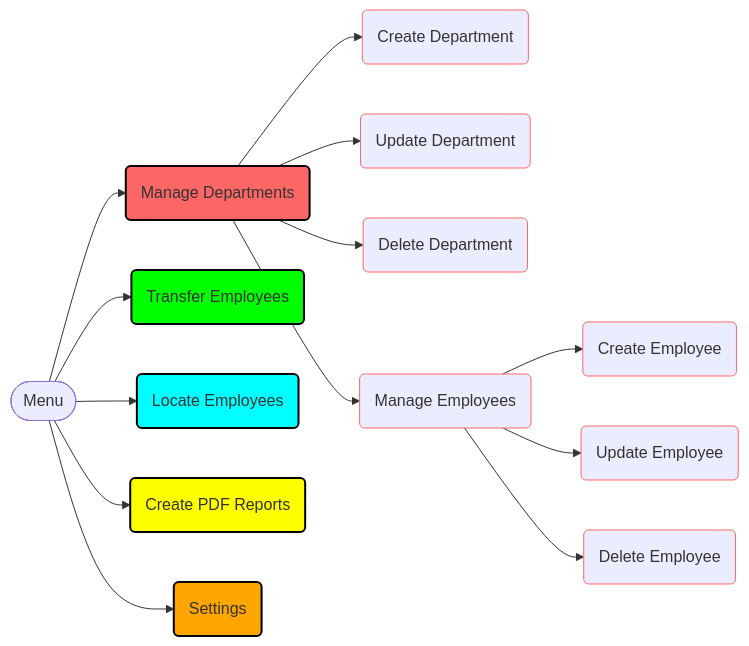
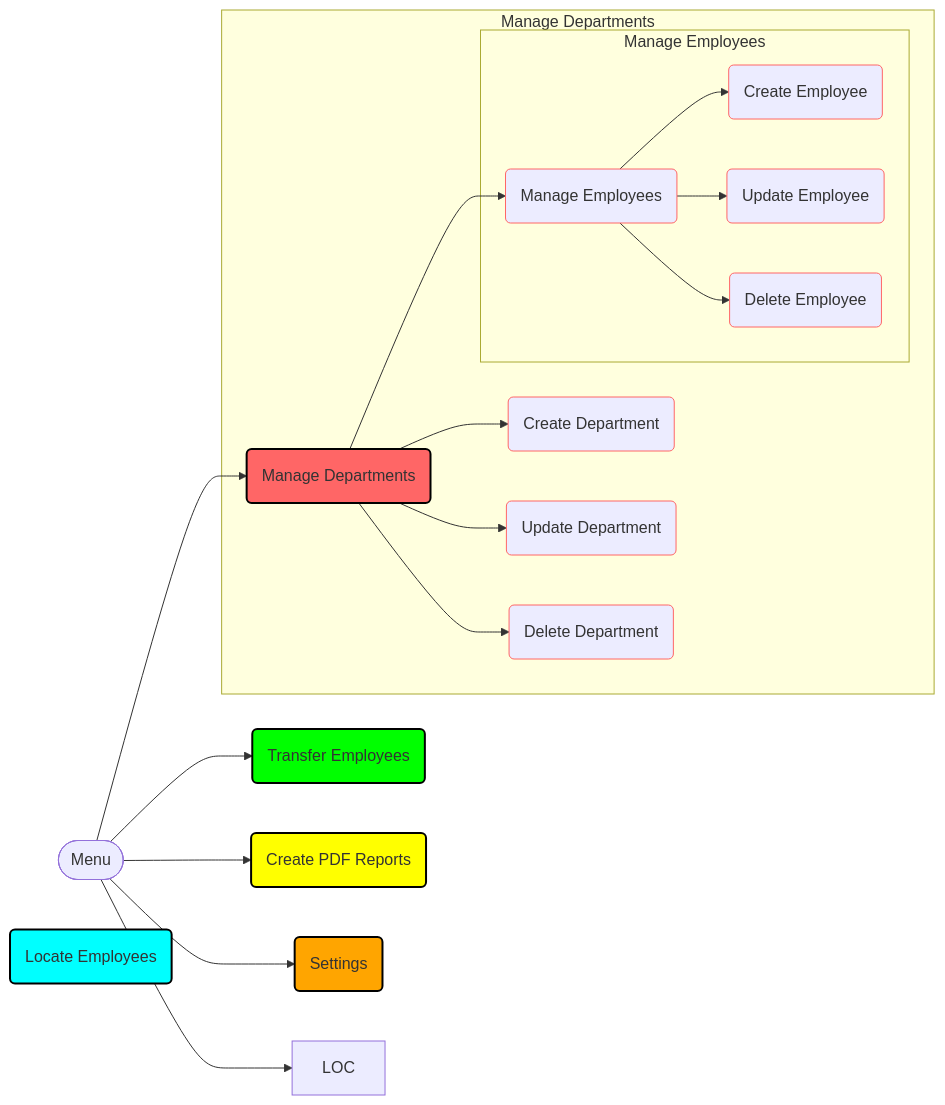
One commit to k1729p/Study27 changed the diagram in docs/mermaid/flowchart.md. Above: the diagram before and after it, drawn with Mermaid.

````diff
--- a/docs/mermaid/flowchart.md
+++ b/docs/mermaid/flowchart.md
@@ -1,48 +1,52 @@
 ```mermaid
 flowchart LR
   MENU([Menu])
   M_DEP(Manage Departments):::redBox
   M_DEP_CR(Create Department):::redStroke
   M_DEP_UP(Update Department):::redStroke
   M_DEP_DL(Delete Department):::redStroke
   M_EMP(Manage Employees):::redStroke
   M_EMP_CR(Create Employee):::redStroke
   M_EMP_UP(Update Employee):::redStroke
   M_EMP_DL(Delete Employee):::redStroke
   TRA_EMP(Transfer Employees):::greenBox
-  LOC(Locate Employees):::cyanBox
+  LOC_EMP(Locate Employees):::cyanBox
   PDF(Create PDF Reports):::yellowBox
   SET(Settings):::orangeBox
 %% Flows
   MENU --> M_DEP
-  M_DEP --> M_DEP_CR
-  M_DEP --> M_DEP_UP
-  M_DEP --> M_DEP_DL
-  M_DEP --> M_EMP
-  M_EMP --> M_EMP_CR
-  M_EMP --> M_EMP_UP
-  M_EMP --> M_EMP_DL
+  subgraph Manage Departments
+    M_DEP --> M_DEP_CR
+    M_DEP --> M_DEP_UP
+    M_DEP --> M_DEP_DL
+    M_DEP --> M_EMP
+    subgraph Manage Employees
+      M_EMP --> M_EMP_CR
+      M_EMP --> M_EMP_UP
+      M_EMP --> M_EMP_DL
+    end
+  end
   MENU --> TRA_EMP
   MENU --> LOC
   MENU --> PDF
   MENU --> SET
 %% Links
-  click M_DEP "https://github.com/k1729p/Study27/blob/main/docs/images/ScreenshotManageDepartments.jpg" _blank
-  click M_DEP_CR "https://github.com/k1729p/Study27/blob/main/docs/images/ScreenshotCreateDepartment.jpg" _blank
-  click M_DEP_UP "https://github.com/k1729p/Study27/blob/main/docs/images/ScreenshotUpdateDepartment.jpg" _blank
+  click M_DEP "https://github.com/k1729p/Study27/blob/main/docs/images/ScreenshotManageDepartments.jpg" _self
+  click M_DEP_CR "https://github.com/k1729p/Study27/blob/main/docs/images/ScreenshotCreateDepartment.jpg" _parent
+  click M_DEP_UP "https://github.com/k1729p/Study27/blob/main/docs/images/ScreenshotUpdateDepartment.jpg" _top
   click M_DEP_DL "https://github.com/k1729p/Study27/blob/main/docs/images/ScreenshotDeleteDepartment.jpg" _blank
   click M_EMP "https://github.com/k1729p/Study27/blob/main/docs/images/ScreenshotManageEmployees.jpg" _blank
   click M_EMP_CR "https://github.com/k1729p/Study27/blob/main/docs/images/ScreenshotCreateEmployee.jpg" _blank
   click M_EMP_UP "https://github.com/k1729p/Study27/blob/main/docs/images/ScreenshotUpdateEmployee.jpg" _blank
   click M_EMP_DL "https://github.com/k1729p/Study27/blob/main/docs/images/ScreenshotDeleteEmployee.jpg" _blank
   click TRA_EMP "https://github.com/k1729p/Study27/blob/main/docs/images/ScreenshotTransferEmployees.jpg" _blank
   click LOC_EMP "https://github.com/k1729p/Study27/blob/main/docs/images/ScreenshotLocateEmployees.jpg" _blank
   click PDF "https://github.com/k1729p/Study27/blob/main/docs/images/ScreenshotCreatePDFReports.jpg" _blank
 %% Style Definitions
   classDef redBox fill: #ff6666, stroke: #000, stroke-width: 2px
   classDef redStroke stroke: #ff6666
   classDef greenBox fill: #00ff00, stroke: #000, stroke-width: 2px
   classDef cyanBox fill: #00ffff, stroke: #000, stroke-width: 2px
   classDef yellowBox fill: #ffff00, stroke: #000, stroke-width: 2px
   classDef orangeBox  fill: #ffa500,stroke:#000,stroke-width:2px
 ```
````
